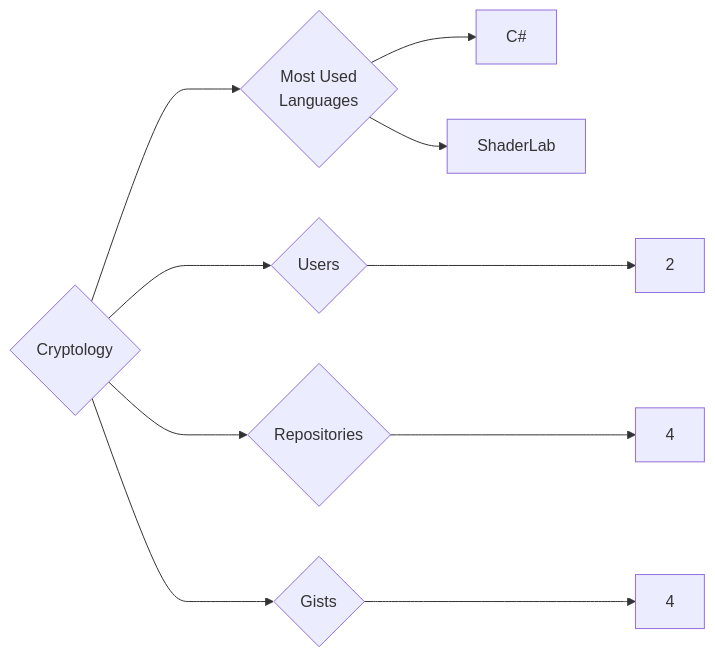
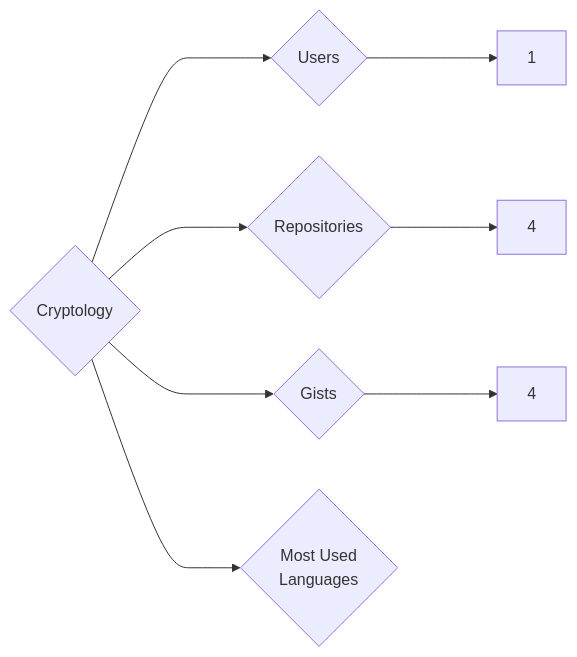
Before and after one commit to trickest/insiders: the diagram in targets/Cryptology/README.md, drawn with Mermaid. The commit also changed 776 other files, not shown here.

````diff
--- a/targets/Cryptology/README.md
+++ b/targets/Cryptology/README.md
@@ -3,10 +3,8 @@
 ```mermaid
 graph LR
 COMPANY_NAME{Cryptology}
-COMPANY_NAME ---> U{Users} ---> UN[2]
+COMPANY_NAME ---> U{Users} ---> UN[1]
 COMPANY_NAME ---> R{Repositories} ---> RN[4]
 COMPANY_NAME ---> G{Gists} ---> GN[4]
 COMPANY_NAME ---> ML{Most Used<br>Languages}
-ML --> C#[C#]
-ML --> ShaderLab[ShaderLab]
 ```
````
